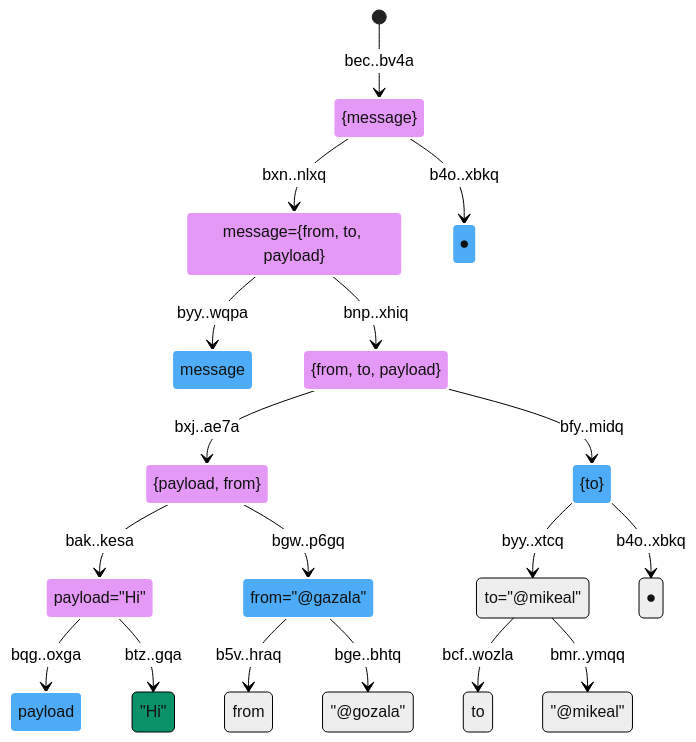
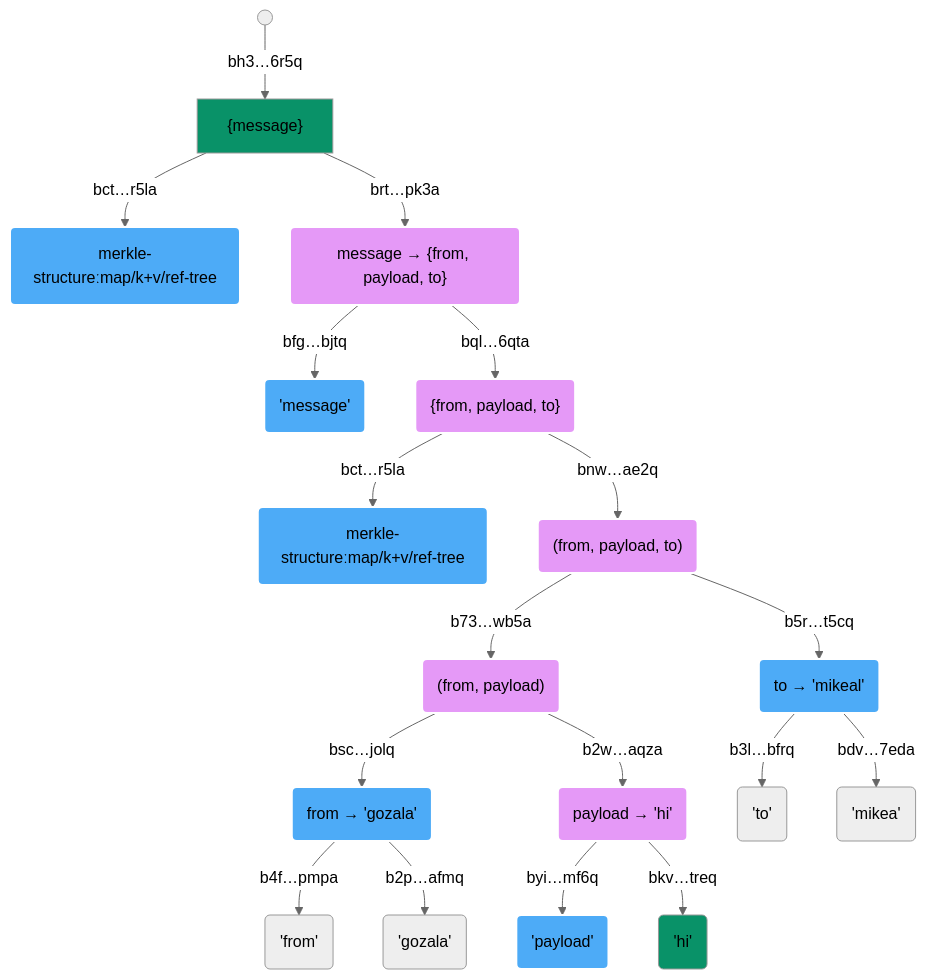
One commit to storacha/RFC changed diagram 16 of 17 in rfc/merkle-structure.md. Above: the diagram before and after it, drawn with Mermaid (neutral theme). The commit also changed other lines of this file, not shown here.

Commit message:
chore: incorporate ideas from mikeal and draws some from blake3 bao tree

````diff
--- a/rfc/merkle-structure.md
+++ b/rfc/merkle-structure.md
@@ -236,60 +386,44 @@
 ```mermaid
-stateDiagram-v2
+graph TD
+
+_((" ")) -- "bh3…6r5q" --> object
+object["{message}"]
+
+object -- "bct…r5la" --> obj_tag(merkle-structureːmap/k+v/ref-tree)
+object -- "brt…pk3a" --> message("message → {from, payload, to}")
+message -- "bfg…bjtq" --> key("'message'")
+message -- "bql…6qta" --> val("{from, payload, to}")
+val -- "bct…r5la" --> val_tag("merkle-structureːmap/k+v/ref-tree")
+val -- "bnw…ae2q" --> val_fold("(from, payload, to)")
+val_fold -- "b73…wb5a" --> left("(from, payload)")
+left -- "bsc…jolq" --> from("from → 'gozala'")
+left -- "b2w…aqza" --> payload("payload → 'hi'")
+
+from -- "b4f…pmpa" --> from_k("'from'")
+from -- "b2p…afmq" --> from_v("'gozala'")
+
+payload -- "byi…mf6q" --> payload_k("'payload'")
+payload -- "bkv…treq" --> payload_v("'hi'")
+
+val_fold -- "b5r…t5cq" --> to("to → 'mikeal'")
+to -- "b3l…bfrq" --> to_k("'to'")
+to -- "bdv…7eda" --> to_v("'mikea'")
+
+payload_v:::subject
+payload:::derive
+left:::derive
+val_fold:::derive
+val:::derive
+message:::derive
+object:::subject
+payload_k:::proof
+from:::proof
+to:::proof
+val_tag:::proof
+key:::proof
+obj_tag:::proof
+
 classDef proof fill:#4dabf7,stroke-width:2px,stroke:white
 classDef derive fill:#e599f7,stroke-width:2px,stroke:white
 classDef subject fill:#099268
-
-[*] --> Root: bec..bv4a
-Root: {message}
-Root --> MSG: bxn..nlxq
-Root --> Root_: b4o..xbkq
-Root_: ⏺
-
-MSG: message={from, to, payload}
-MSG --> MSG_K: byy..wqpa
-MSG --> MSG_V: bnp..xhiq
-MSG_K: message
-MSG_V: {from, to, payload}
-MSG_V --> payload_from: bxj..ae7a
-payload_from: {payload, from}
-
-payload_from --> payload: bak..kesa
-payload_from --> from: bgw..p6gq
-from: from="@gazala"
-to_ --> to: byy..xtcq
-to_: {to}
-to: to="@mikeal"
-MSG_V --> to_: bfy..midq
-
-
-to_ --> _:  b4o..xbkq
-_: ⏺
-payload: payload="Hi"
-
-payload --> payload_k: bqg..oxga
-payload --> payload_v: btz..gqa
-payload_k: payload
-payload_v: "Hi"
-
-from --> from_k: b5v..hraq
-from_k: from
-from --> from_v: bge..bhtq
-from_v: "@gozala"
-
-to --> to_k: bcf..wozla
-to_k: to
-to --> to_v: bmr..ymqq
-to_v: "@mikeal"
-
-class payload_k proof
-class from proof
-class to_ proof
-class MSG_K proof
-class Root_ proof
-class payload derive
-class payload_from derive
-class MSG_V derive
-class MSG derive
-class Root derive
-class payload_v: subject
 ```
````
